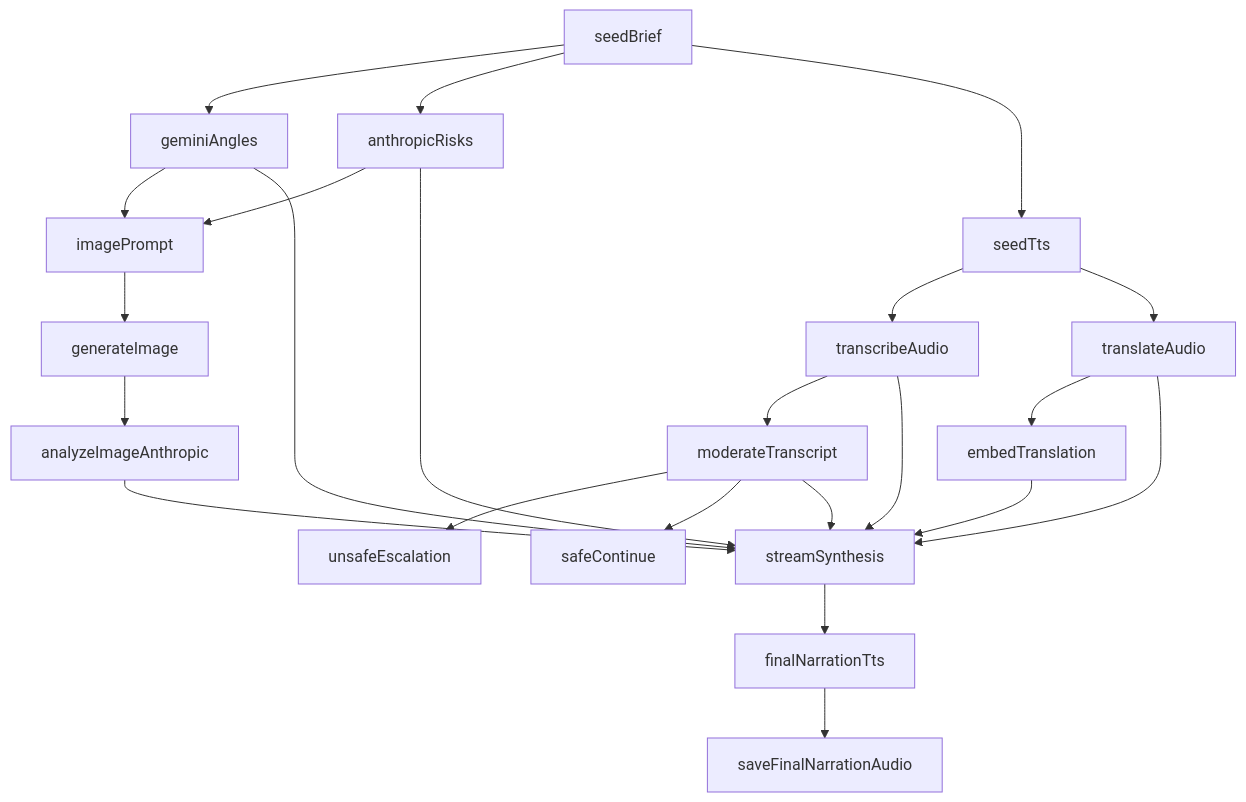
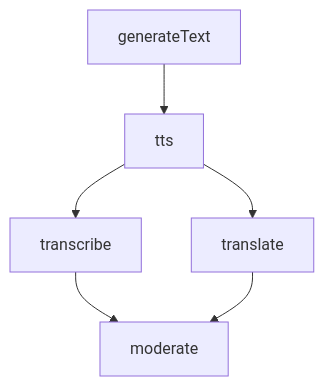
One commit to providerplaneai/providerplaneai changed the second of 2 diagrams in README.md. Above: the diagram before and after it, drawn with Mermaid. The commit also changed other lines of this file and 2 other files, not shown here.

````diff
--- a/README.md
+++ b/README.md
@@ -511,41 +211,13 @@
 ```mermaid
 graph TD
-    n0["seedBrief"]
-    n1["geminiAngles"]
-    n2["anthropicRisks"]
-    n3["seedTts"]
-    n4["transcribeAudio"]
-    n5["translateAudio"]
-    n6["moderateTranscript"]
-    n7["embedTranslation"]
-    n8["imagePrompt"]
-    n9["generateImage"]
-    n10["analyzeImageAnthropic"]
-    n11["unsafeEscalation"]
-    n12["safeContinue"]
-    n13["streamSynthesis"]
-    n14["finalNarrationTts"]
-    n15["saveFinalNarrationAudio"]
+    n0["generateText"]
+    n1["tts"]
+    n2["transcribe"]
+    n3["translate"]
+    n4["moderate"]
     n0 --> n1
-    n0 --> n2
-    n0 --> n3
+    n1 --> n2
+    n1 --> n3
+    n2 --> n4
     n3 --> n4
-    n3 --> n5
-    n4 --> n6
-    n5 --> n7
-    n1 --> n8
-    n2 --> n8
-    n8 --> n9
-    n9 --> n10
-    n6 --> n11
-    n6 --> n12
-    n1 --> n13
-    n2 --> n13
-    n4 --> n13
-    n5 --> n13
-    n6 --> n13
-    n7 --> n13
-    n10 --> n13
-    n13 --> n14
-    n14 --> n15
 ```
````
